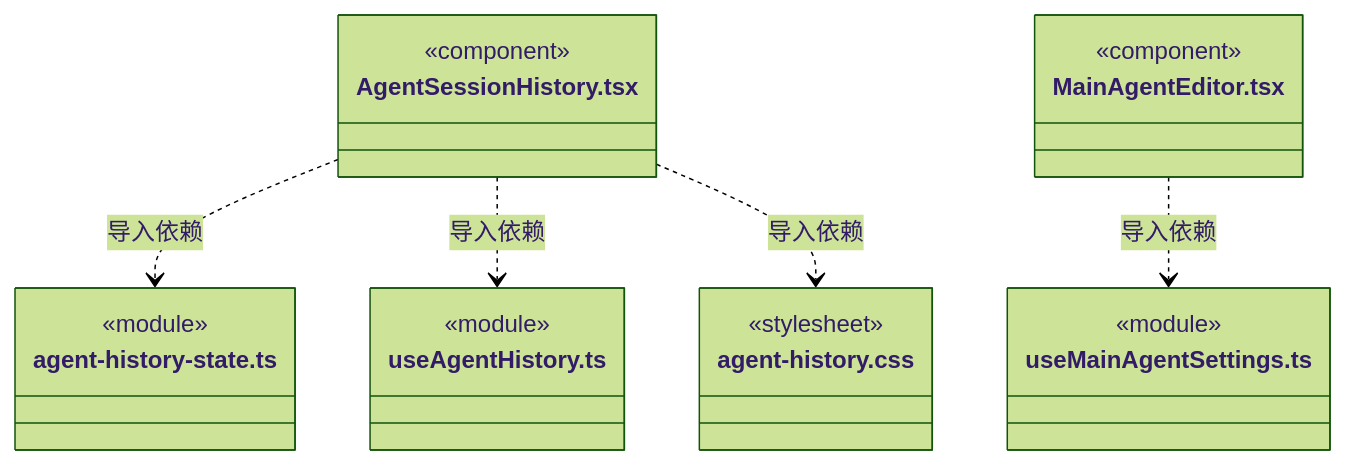
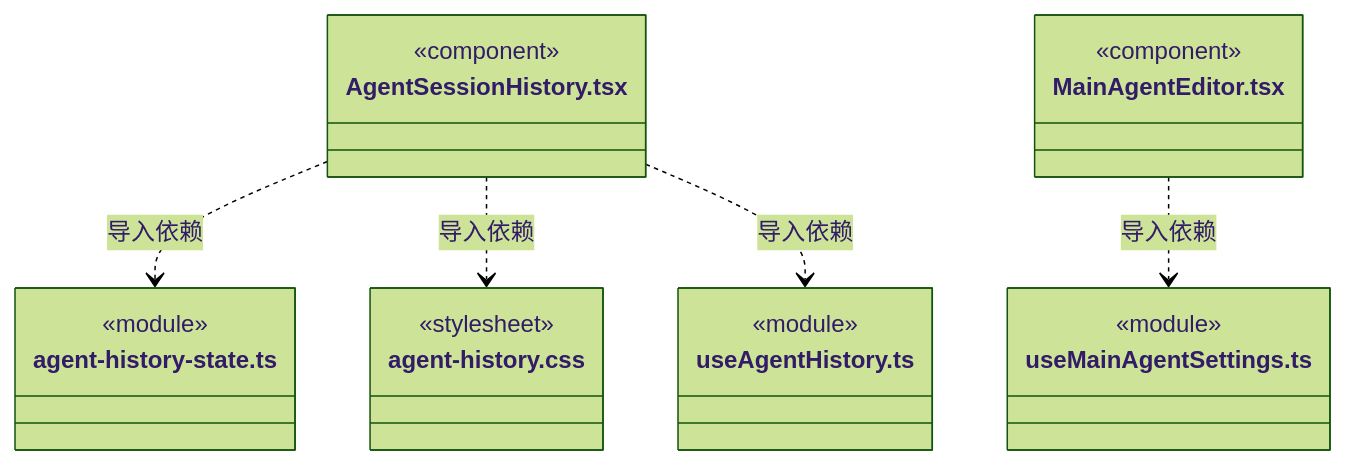
Before and after one commit to nan023062/cbim: diagram 26 of 29 in src/view/team/ARCHITECTURE.md, drawn with Mermaid (forest theme). The commit also changed other lines of this file and 112 other files, not shown here.

Commit message:
docs: align source architecture with current declarations and contracts

````diff
--- a/src/view/team/ARCHITECTURE.md
+++ b/src/view/team/ARCHITECTURE.md
@@ -588,25 +588,25 @@
 ```mermaid
 classDiagram
 class N_src_view_team_AgentSessionHistory_tsx["AgentSessionHistory.tsx"] {
   <<component>>
 }
 class N_src_view_team_agent_history_state_ts["agent-history-state.ts"] {
   <<module>>
 }
+class N_src_view_team_agent_history_css["agent-history.css"] {
+  <<stylesheet>>
+}
 class N_src_view_team_useAgentHistory_ts["useAgentHistory.ts"] {
   <<module>>
-}
-class N_src_view_team_agent_history_css["agent-history.css"] {
-  <<stylesheet>>
 }
 class N_src_view_team_MainAgentEditor_tsx["MainAgentEditor.tsx"] {
   <<component>>
 }
 class N_src_view_team_useMainAgentSettings_ts["useMainAgentSettings.ts"] {
   <<module>>
 }
 N_src_view_team_AgentSessionHistory_tsx ..> N_src_view_team_agent_history_state_ts : 导入依赖
+N_src_view_team_AgentSessionHistory_tsx ..> N_src_view_team_agent_history_css : 导入依赖
 N_src_view_team_AgentSessionHistory_tsx ..> N_src_view_team_useAgentHistory_ts : 导入依赖
-N_src_view_team_AgentSessionHistory_tsx ..> N_src_view_team_agent_history_css : 导入依赖
 N_src_view_team_MainAgentEditor_tsx ..> N_src_view_team_useMainAgentSettings_ts : 导入依赖
 ```
````
